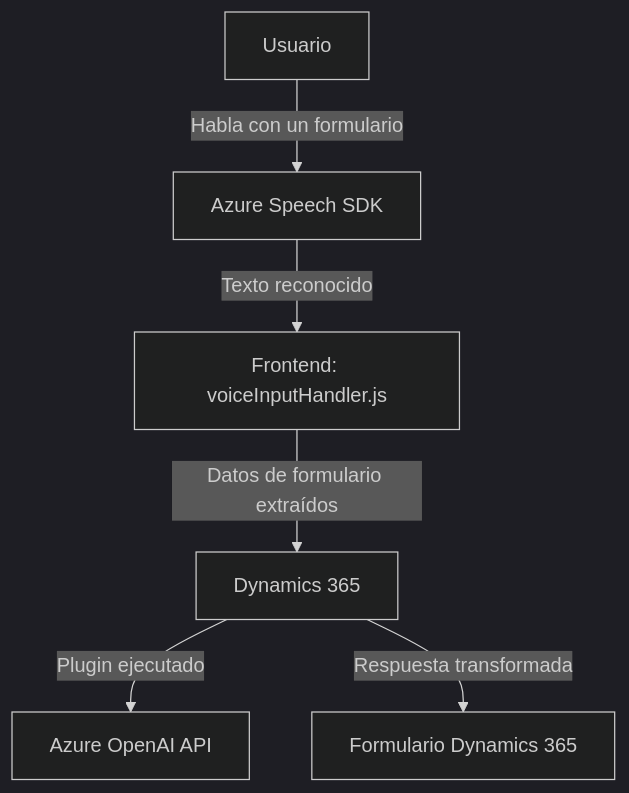
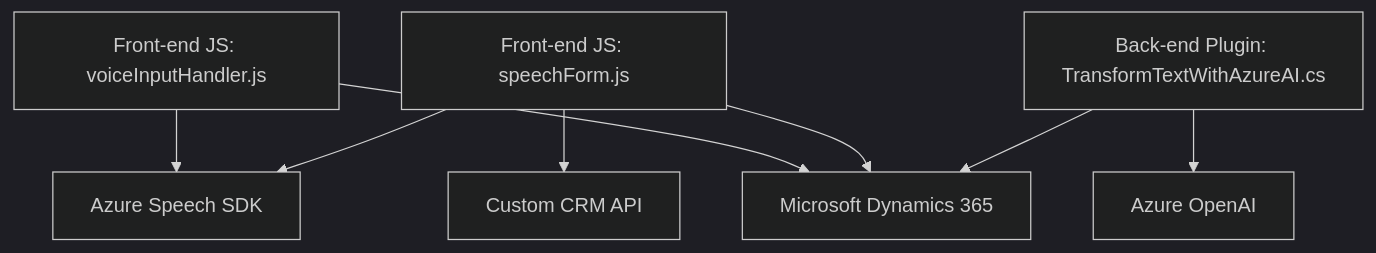
Before and after one commit to blopezdm/NETCORE_BILBAO2025: the diagram in README.md, drawn with Mermaid (dark theme). The commit also changed other lines of this file, not shown here.

Commit message:
Actualizar análisis global de la solución con IA

````diff
--- a/README.md
+++ b/README.md
@@ -71,8 +36,18 @@
 ```mermaid
 graph TD
-    User["Usuario"] -- Habla con un formulario --> AzureSpeechSDK["Azure Speech SDK"]
-    AzureSpeechSDK -- Texto reconocido --> JavaScriptHandler["Frontend: voiceInputHandler.js"]
-    JavaScriptHandler -- Datos de formulario extraídos --> CRM["Dynamics 365"]
-    CRM -- Plugin ejecutado --> OpenAI["Azure OpenAI API"]
-    CRM -- Respuesta transformada --> Formulario["Formulario Dynamics 365"]
+    A["Front-end JS: voiceInputHandler.js"]
+    B["Front-end JS: speechForm.js"]
+    C["Back-end Plugin: TransformTextWithAzureAI.cs"]
+    D["Microsoft Dynamics 365"]
+    E["Azure Speech SDK"]
+    F["Azure OpenAI"]
+    G["Custom CRM API"]
+
+    A --> D
+    A --> E
+    B --> D
+    B --> E
+    B --> G
+    C --> F
+    C --> D
 ```
````
